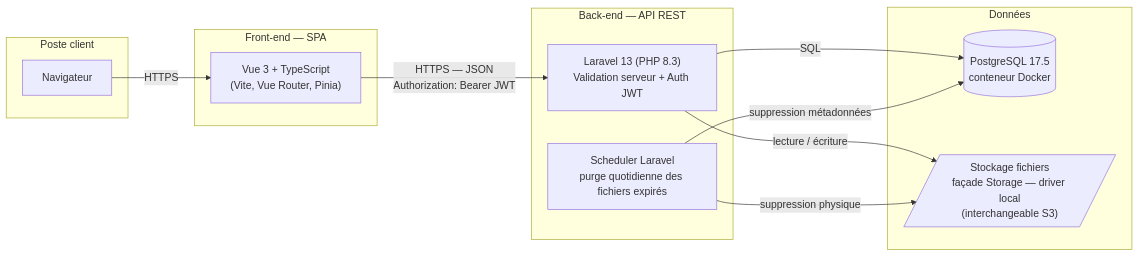
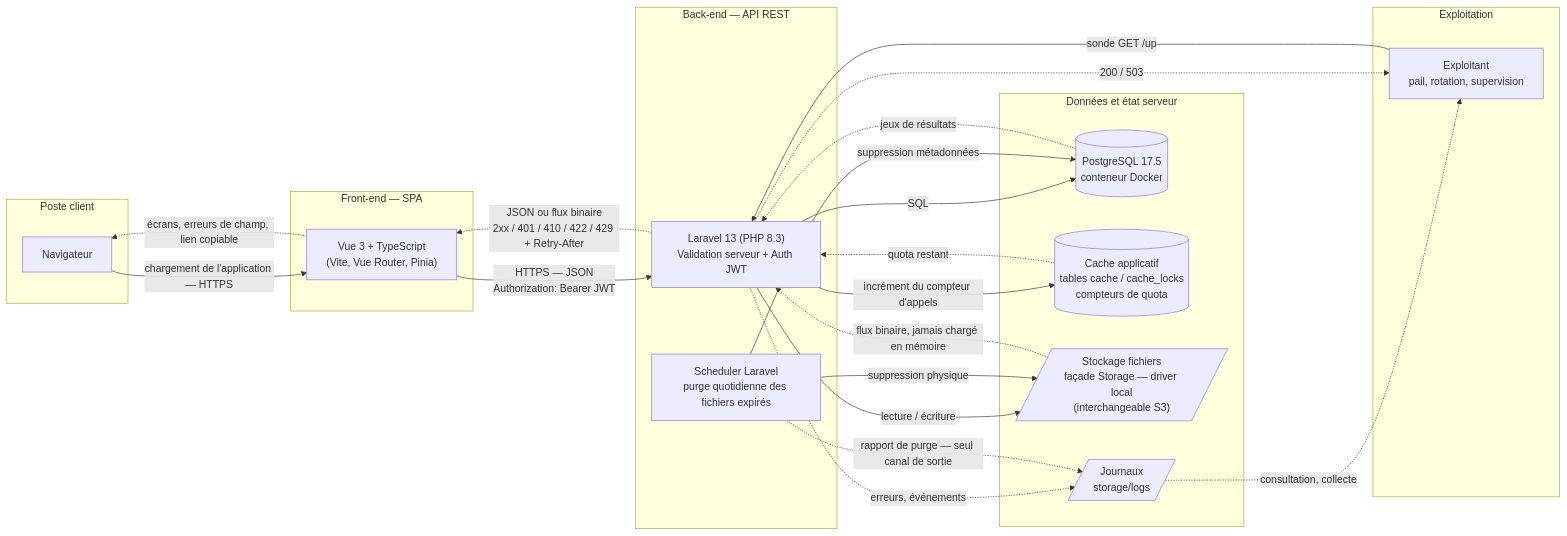
Before and after one commit to DahliaNoir71/OPENCLASSROOMS-DataShare: the first of 2 diagrams in docs/architecture.md, drawn with Mermaid. The commit also changed other lines of this file and 2 other files, not shown here.

First line of the commit message:
docs: montre les flux de retour, le cache et la journalisation

````diff
--- a/docs/architecture.md
+++ b/docs/architecture.md
@@ -3,27 +5,44 @@
 ```mermaid
 flowchart LR
     subgraph Client["Poste client"]
         B["Navigateur"]
     end
 
     subgraph Front["Front-end — SPA"]
         V["Vue 3 + TypeScript\n(Vite, Vue Router, Pinia)"]
     end
 
     subgraph Back["Back-end — API REST"]
         L["Laravel 13 (PHP 8.3)\nValidation serveur + Auth JWT"]
         S["Scheduler Laravel\npurge quotidienne des fichiers expirés"]
     end
 
-    subgraph Data["Données"]
+    subgraph Data["Données et état serveur"]
         P[("PostgreSQL 17.5\nconteneur Docker")]
+        K[("Cache applicatif\ntables cache / cache_locks\ncompteurs de quota")]
         F[/"Stockage fichiers\nfaçade Storage — driver local\n(interchangeable S3)"/]
+        G[/"Journaux\nstorage/logs"/]
     end
 
-    B -->|HTTPS| V
+    subgraph Ops["Exploitation"]
+        A["Exploitant\npail, rotation, supervision"]
+    end
+
+    B -->|"chargement de l'application — HTTPS"| V
+    V -.->|"écrans, erreurs de champ, lien copiable"| B
     V -->|"HTTPS — JSON\nAuthorization: Bearer JWT"| L
+    L -.->|"JSON ou flux binaire\n2xx / 401 / 410 / 422 / 429 + Retry-After"| V
     L -->|SQL| P
-    L -->|lecture / écriture| F
-    S -->|suppression métadonnées| P
-    S -->|suppression physique| F
+    P -.->|"jeux de résultats"| L
+    L -->|"lecture / écriture"| F
+    F -.->|"flux binaire, jamais chargé en mémoire"| L
+    L -->|"incrément du compteur d'appels"| K
+    K -.->|"quota restant"| L
+    L -.->|"erreurs, événements"| G
+    S -->|"suppression métadonnées"| P
+    S -->|"suppression physique"| F
+    S -.->|"rapport de purge — seul canal de sortie"| G
+    G -.->|"consultation, collecte"| A
+    A -->|"sonde GET /up"| L
+    L -.->|"200 / 503"| A
 ```
````
